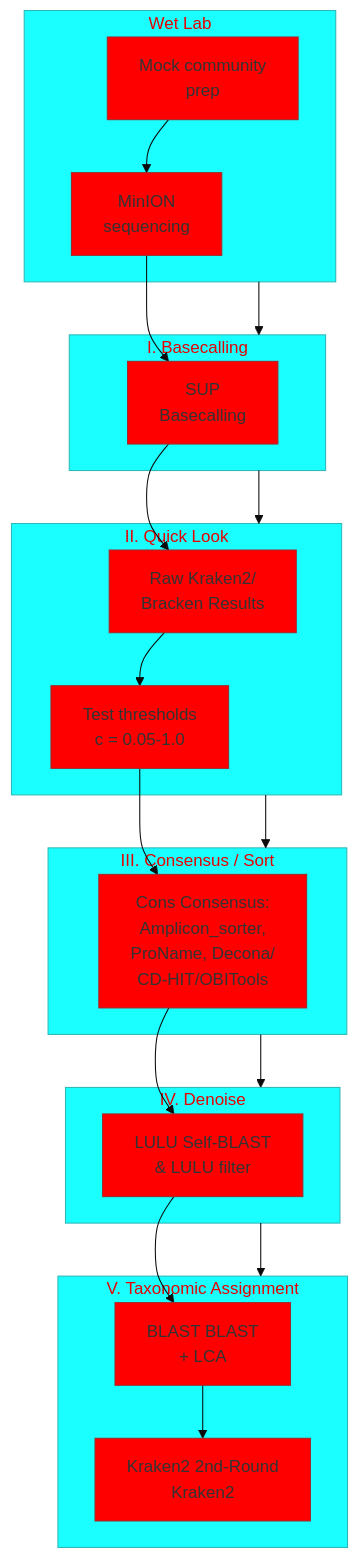
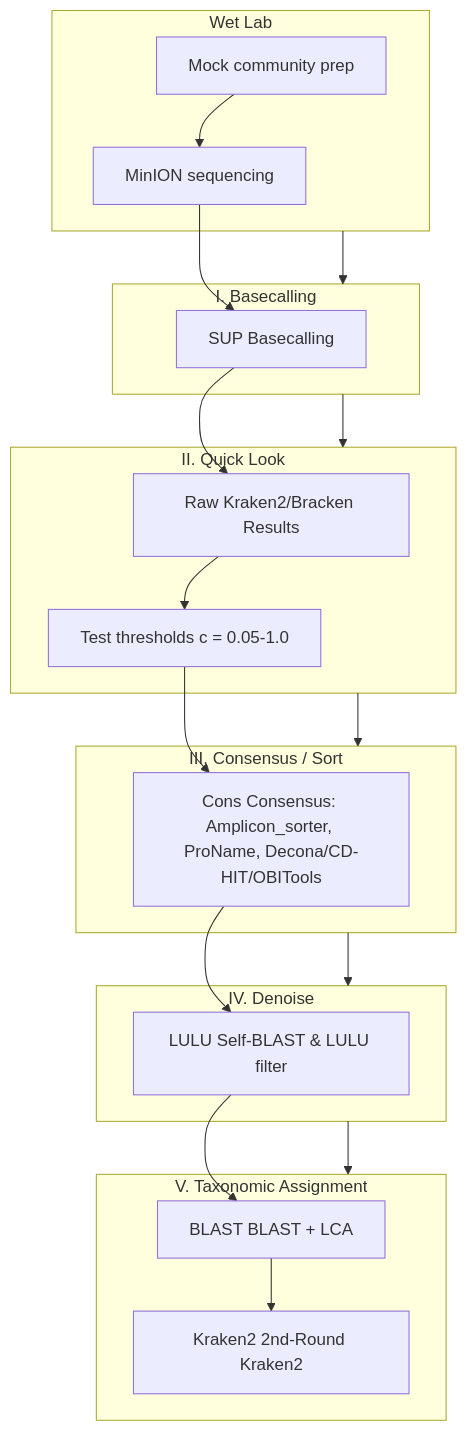
The diagram in README.md (piedna/DeCodeDNA), drawn with Mermaid before and after one commit. The commit also changed other lines of this file, not shown here.

Commit message:
Simplify flowchart with short labels and color coding

````diff
--- a/README.md
+++ b/README.md
@@ -38,37 +38,36 @@
 ```mermaid
-%%{init: {'theme':'base', 'themeVariables': {'primaryColor': '#ff0000'}}}%%
 flowchart TB
     subgraph WetLab ["Wet Lab"]
-        MC["Mock community<br/>prep"]
-        MinION["MinION<br/>sequencing"]
+        MC[Mock community prep]
+        MinION[MinION sequencing]
         MC --> MinION
     end
     
     subgraph Basecalling ["I. Basecalling"]
-        MinION --> SUP["SUP<br/>Basecalling"]
+        MinION --> SUP[SUP Basecalling]
     end
     
     subgraph QuickLook ["II. Quick Look"]
-        SUP --> Kraken["Raw Kraken2/<br/>Bracken Results"]
-        Kraken --> TestThresh["Test thresholds<br/>c = 0.05-1.0"]
+        SUP --> Kraken[Raw Kraken2/Bracken Results]
+        Kraken --> TestThresh[Test thresholds c = 0.05-1.0]
     end
     
     subgraph Consensus ["III. Consensus / Sort"]
-        TestThresh --> ConsSort["Cons Consensus:<br/>Amplicon_sorter,<br/>ProName, Decona/<br/>CD-HIT/OBITools"]
+        TestThresh --> ConsSort[Cons Consensus: Amplicon_sorter, ProName, Decona/CD-HIT/OBITools]
     end
     
     subgraph Denoise ["IV. Denoise"]
-        ConsSort --> LULU["LULU Self-BLAST<br/>& LULU filter"]
+        ConsSort --> LULU[LULU Self-BLAST & LULU filter]
     end
     
     subgraph Taxonomic ["V. Taxonomic Assignment"]
-        LULU --> BLAST["BLAST BLAST<br/>+ LCA"]
-        BLAST --> Kraken2["Kraken2 2nd-Round<br/>Kraken2"]
+        LULU --> BLAST[BLAST BLAST + LCA]
+        BLAST --> Kraken2[Kraken2 2nd-Round Kraken2]
     end
     
     WetLab --> Basecalling
     Basecalling --> QuickLook
     QuickLook --> Consensus
     Consensus --> Denoise
     Denoise --> Taxonomic
 ```
````
